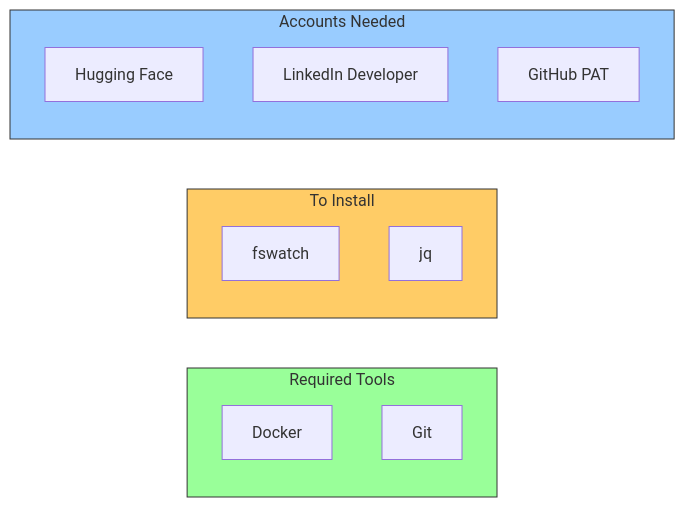
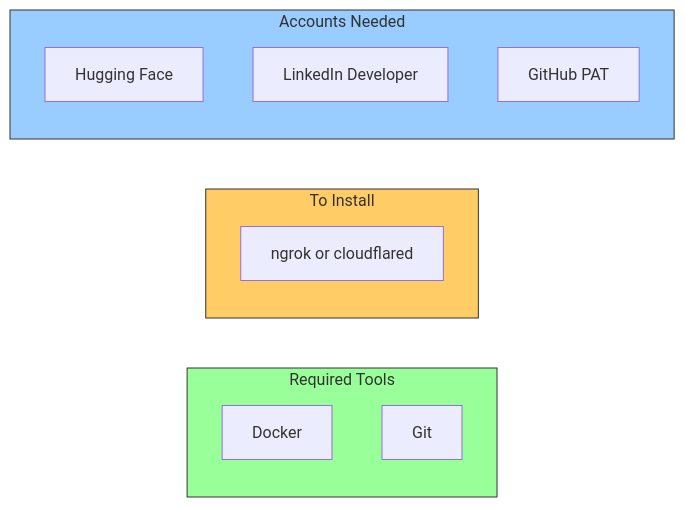
The first of 2 diagrams in docs/setup-guide.md (thatsmeadarsh/n8n-powered-auto-web-publish), drawn with Mermaid before and after one commit. The commit also changed other lines of this file and 7 other files, not shown here.

````diff
--- a/docs/setup-guide.md
+++ b/docs/setup-guide.md
@@ -19,22 +18,21 @@
 ```mermaid
 graph LR
     subgraph Required["Required Tools"]
         D[Docker]
         G[Git]
     end
 
     subgraph Install["To Install"]
-        FW[fswatch]
-        JQ[jq]
+        NG[ngrok or cloudflared]
     end
 
     subgraph Accounts["Accounts Needed"]
         HF[Hugging Face]
         LI[LinkedIn Developer]
         GH[GitHub PAT]
     end
 
     style Required fill:#99ff99,stroke:#333
     style Install fill:#ffcc66,stroke:#333
     style Accounts fill:#99ccff,stroke:#333
 ```
````
